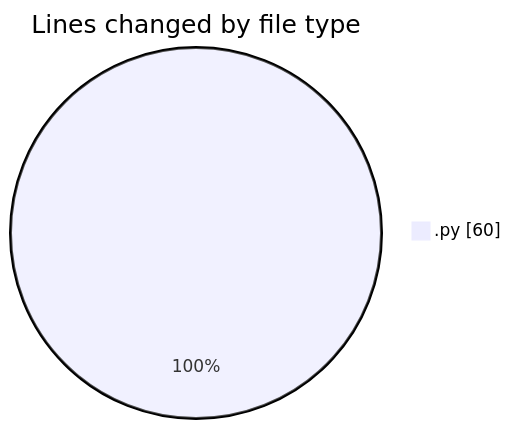
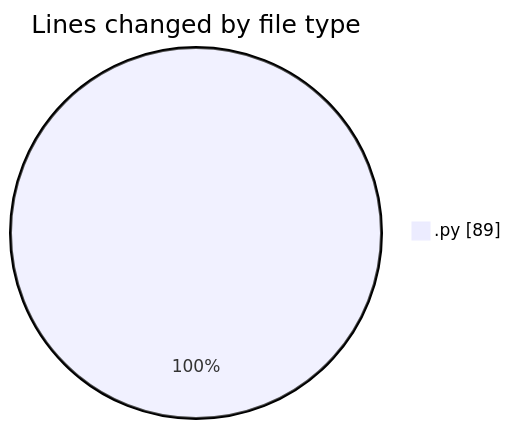
One commit to julien-gomy/code-tracking changed the first of 2 diagrams in 2025-11-18/eventscop-api-guide__workspace_/README.md. Above: the diagram before and after it, drawn with Mermaid. The commit also changed other lines of this file and 1 other file, not shown here.

````diff
--- a/2025-11-18/eventscop-api-guide__workspace_/README.md
+++ b/2025-11-18/eventscop-api-guide__workspace_/README.md
@@ -20,5 +21,5 @@
 ```mermaid
 pie showData
 title Lines changed by file type
-".py" : 60
+".py" : 89
 ```
````
